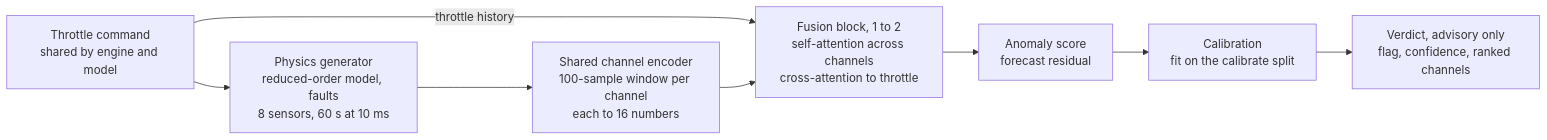
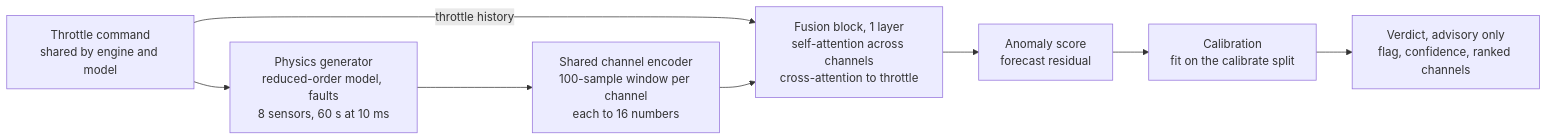
One commit to williamcs50/rocket-engine-health-orchestrator changed the diagram in docs/architecture.md. Above: the diagram before and after it, drawn with Mermaid. The commit also changed other lines of this file and 4 other files, not shown here.

````diff
--- a/docs/architecture.md
+++ b/docs/architecture.md
@@ -7,13 +7,13 @@
 ```mermaid
 flowchart LR
     CMD["Throttle command<br/>shared by engine and model"]
     GEN["Physics generator<br/>reduced-order model, faults<br/>8 sensors, 60 s at 10 ms"]
     ENC["Shared channel encoder<br/>100-sample window per channel<br/>each to 16 numbers"]
-    FUS["Fusion block, 1 to 2<br/>self-attention across channels<br/>cross-attention to throttle"]
+    FUS["Fusion block, 1 layer<br/>self-attention across channels<br/>cross-attention to throttle"]
     SCORE["Anomaly score<br/>forecast residual"]
     CAL["Calibration<br/>fit on the calibrate split"]
     VER["Verdict, advisory only<br/>flag, confidence, ranked channels"]
     CMD --> GEN
     CMD -- throttle history --> FUS
     GEN --> ENC --> FUS --> SCORE --> CAL --> VER
 ```
````
